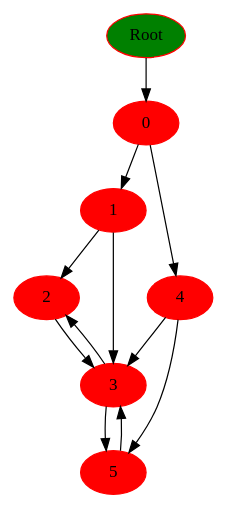
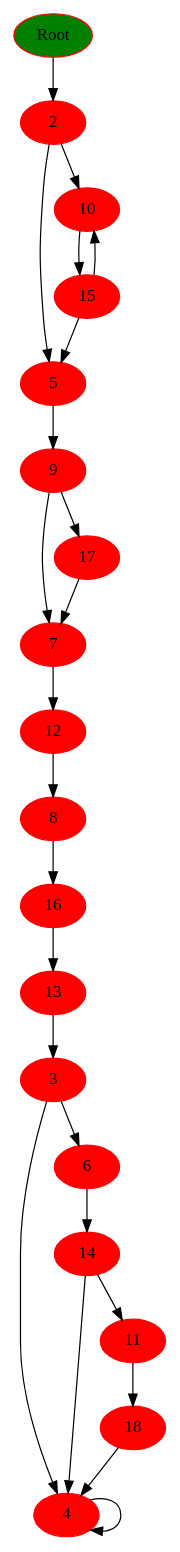
The diagram in bin/Graph.dot (Zararest/Dominators), drawn with Graphviz before and after one commit. The commit also changed 7 other files, not shown here.

```diff
--- a/bin/Graph.dot
+++ b/bin/Graph.dot
@@ -1,21 +1,44 @@
 digraph Dump {
 node[color=red,fontsize=14, style=filled]
-"0x560dcb388da0" [label = "Root" fillcolor=green]
-"0x560dcb388da0" -> "0x560dcb388f10"
-"0x560dcb388f10" [label = "0" ]
-"0x560dcb388f10" -> "0x560dcb389050"
-"0x560dcb388f10" -> "0x560dcb389190"
-"0x560dcb389050" [label = "1" ]
-"0x560dcb389050" -> "0x560dcb389290"
-"0x560dcb389050" -> "0x560dcb3893d0"
-"0x560dcb389190" [label = "4" ]
-"0x560dcb389190" -> "0x560dcb3893d0"
-"0x560dcb389190" -> "0x560dcb389580"
-"0x560dcb389290" [label = "2" ]
-"0x560dcb389290" -> "0x560dcb3893d0"
-"0x560dcb3893d0" [label = "3" ]
-"0x560dcb3893d0" -> "0x560dcb389290"
-"0x560dcb3893d0" -> "0x560dcb389580"
-"0x560dcb389580" [label = "5" ]
-"0x560dcb389580" -> "0x560dcb3893d0"
+"0x563dd5a7fd50" [label = "Root" fillcolor=green]
+"0x563dd5a7fd50" -> "0x563dd5a7fe10"
+"0x563dd5a7fe10" [label = "2" ]
+"0x563dd5a7fe10" -> "0x563dd5a80130"
+"0x563dd5a7fe10" -> "0x563dd5a80690"
+"0x563dd5a7ff30" [label = "3" ]
+"0x563dd5a7ff30" -> "0x563dd5a80050"
+"0x563dd5a7ff30" -> "0x563dd5a80250"
+"0x563dd5a80050" [label = "4" ]
+"0x563dd5a80050" -> "0x563dd5a80050"
+"0x563dd5a80130" [label = "5" ]
+"0x563dd5a80130" -> "0x563dd5a80590"
+"0x563dd5a80250" [label = "6" ]
+"0x563dd5a80250" -> "0x563dd5a80af0"
+"0x563dd5a803b0" [label = "7" ]
+"0x563dd5a803b0" -> "0x563dd5a808d0"
+"0x563dd5a80490" [label = "8" ]
+"0x563dd5a80490" -> "0x563dd5a80cd0"
+"0x563dd5a80590" [label = "9" ]
+"0x563dd5a80590" -> "0x563dd5a803b0"
+"0x563dd5a80590" -> "0x563dd5a80dd0"
+"0x563dd5a80690" [label = "10" ]
+"0x563dd5a80690" -> "0x563dd5a80bd0"
+"0x563dd5a80840" [label = "11" ]
+"0x563dd5a80840" -> "0x563dd5a80ef0"
+"0x563dd5a808d0" [label = "12" ]
+"0x563dd5a808d0" -> "0x563dd5a80490"
+"0x563dd5a809d0" [label = "13" ]
+"0x563dd5a809d0" -> "0x563dd5a7ff30"
+"0x563dd5a80af0" [label = "14" ]
+"0x563dd5a80af0" -> "0x563dd5a80050"
+"0x563dd5a80af0" -> "0x563dd5a80840"
+"0x563dd5a80bd0" [label = "15" ]
+"0x563dd5a80bd0" -> "0x563dd5a80130"
+"0x563dd5a80bd0" -> "0x563dd5a80690"
+"0x563dd5a80cd0" [label = "16" ]
+"0x563dd5a80cd0" -> "0x563dd5a809d0"
+"0x563dd5a80dd0" [label = "17" ]
+"0x563dd5a80dd0" -> "0x563dd5a803b0"
+"0x563dd5a80ef0" [label = "18" ]
+"0x563dd5a80ef0" -> "0x563dd5a80050"
 }
```
